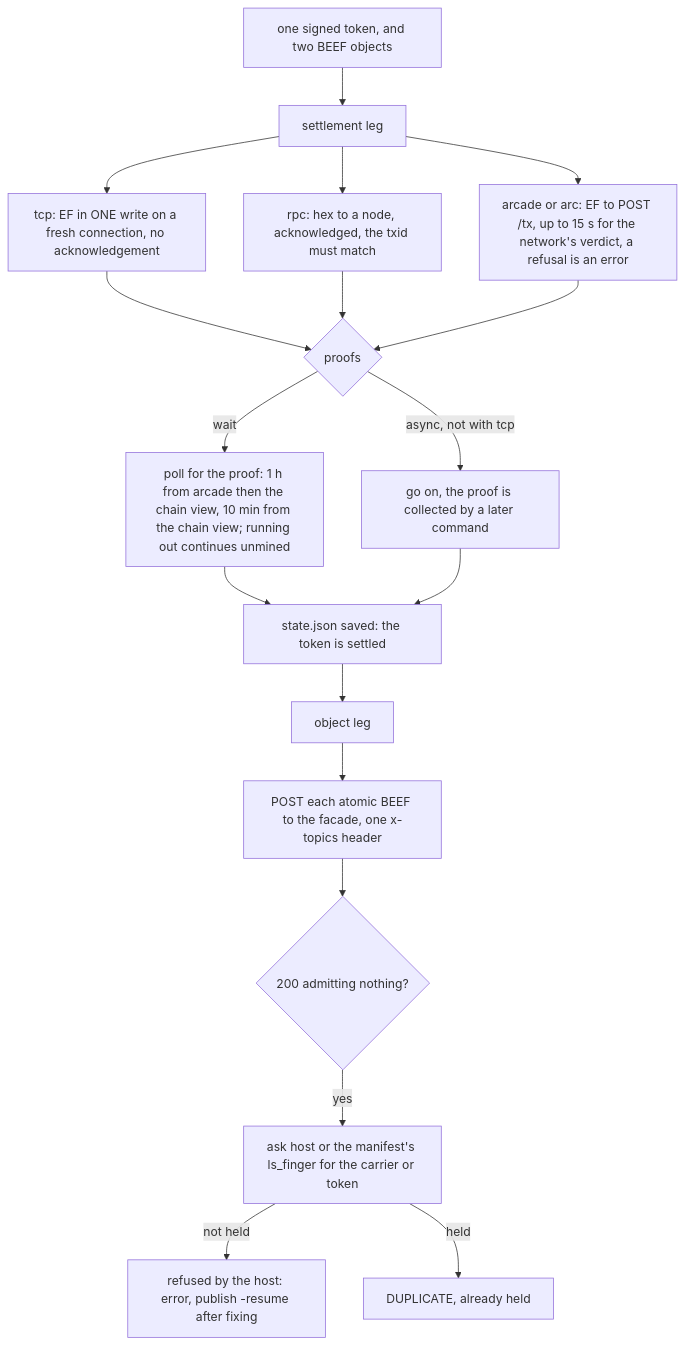
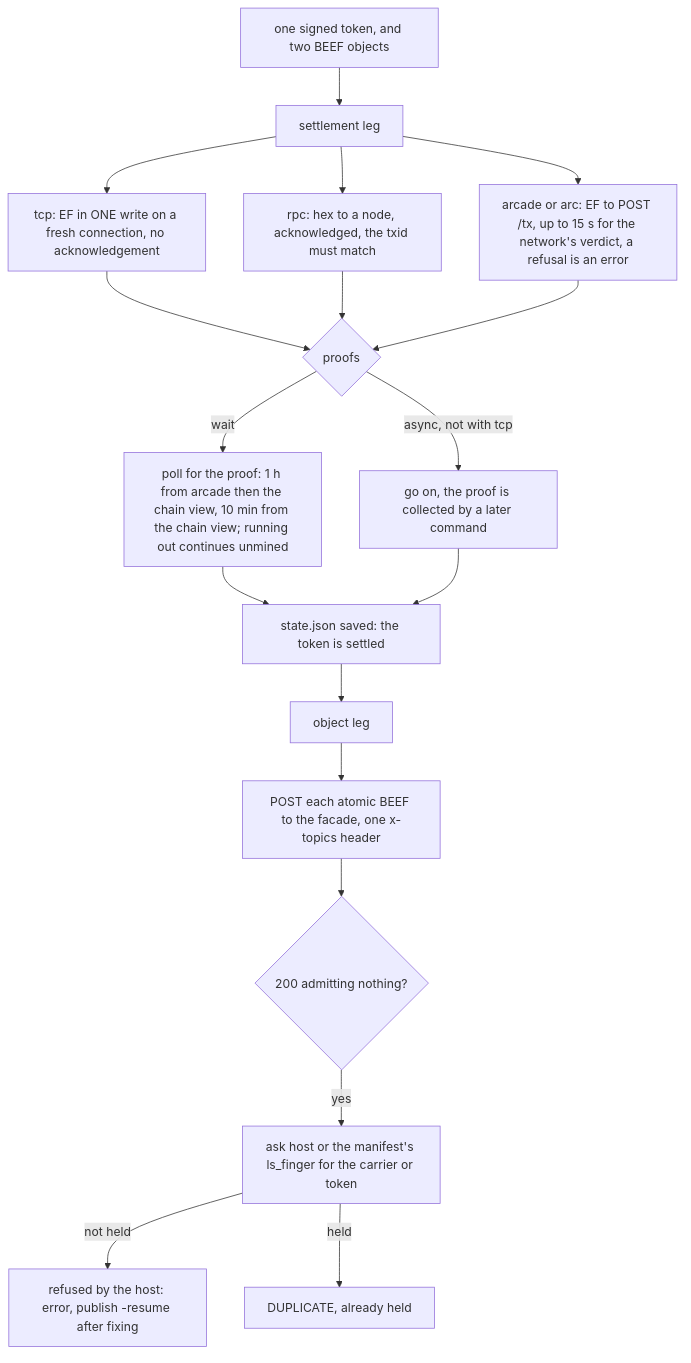
Before and after one commit to lightwebinc/bfinger: diagram 12 of 19 in docs/flows.md, drawn with Mermaid. The commit also changed other lines of this file and 9 other files, not shown here.

First line of the commit message:
[Fix] diagrams: a spacer where the viewer's controls land

````diff
--- a/docs/flows.md
+++ b/docs/flows.md
@@ -357,20 +397,25 @@
 ```mermaid
 flowchart TD
   TX["one signed token, and two BEEF objects"] --> L1["settlement leg"]
   L1 --> EF["tcp: EF in ONE write on a fresh connection, no acknowledgement"]
   L1 --> RPC["rpc: hex to a node, acknowledged, the txid must match"]
   L1 --> ARC["arcade or arc: EF to POST /tx, up to 15 s for the network's verdict, a refusal is an error"]
   EF --> MINE{"proofs"}
   RPC --> MINE
   ARC --> MINE
   MINE -->|"wait"| POLL["poll for the proof: 1 h from arcade then the chain view, 10 min from the chain view; running out continues unmined"]
   MINE -->|"async, not with tcp"| GO["go on, the proof is collected by a later command"]
   POLL --> STATE["state.json saved: the token is settled"]
   GO --> STATE
   STATE --> L2["object leg"]
   L2 --> POST["POST each atomic BEEF to the facade, one x-topics header"]
   POST --> STEAK{"200 admitting nothing?"}
   STEAK -->|"yes"| CHECK["ask host or the manifest's ls_finger for the carrier or token"]
   CHECK -->|"not held"| REF["refused by the host: error, publish -resume after fixing"]
   CHECK -->|"held"| DONE["DUPLICATE, already held"]
+  %% The last node is an invisible spacer in the rightmost rank: the rendered
+  %% viewer places its zoom and pan controls over the bottom-right corner.
+  CHECK ~~~ pad
+  pad["&nbsp;&nbsp;&nbsp;&nbsp;&nbsp;&nbsp;&nbsp;&nbsp;&nbsp;&nbsp;&nbsp;&nbsp;&nbsp;&nbsp;&nbsp;&nbsp;&nbsp;&nbsp;&nbsp;&nbsp;&nbsp;&nbsp;&nbsp;&nbsp;&nbsp;&nbsp;&nbsp;&nbsp;&nbsp;&nbsp;&nbsp;&nbsp;&nbsp;&nbsp;&nbsp;&nbsp;&nbsp;&nbsp;&nbsp;&nbsp;&nbsp;&nbsp;&nbsp;&nbsp;&nbsp;&nbsp;&nbsp;&nbsp;<br/>&nbsp;<br/>&nbsp;<br/>&nbsp;"]:::pad
+  classDef pad fill:none,stroke:none,color:transparent
 ```
````
